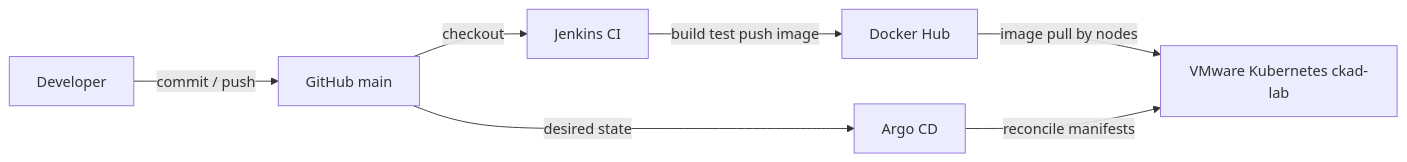
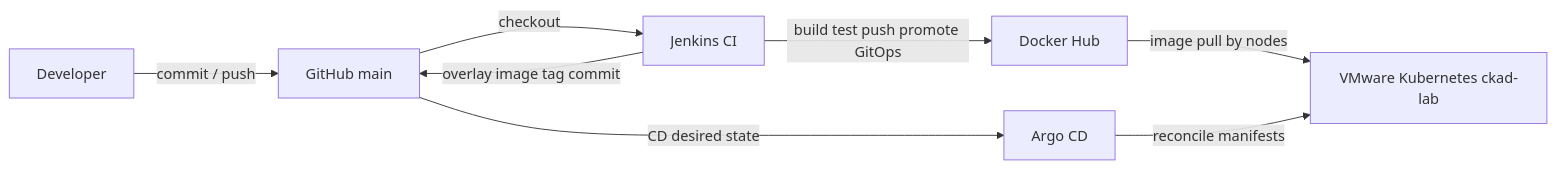
The diagram in docs/architecture/gitops-flow.md (kirandevraaj/kubernetes-platform-engineering-gitops), drawn with Mermaid before and after one commit. The commit also changed other lines of this file and 5 other files, not shown here.

First line of the commit message:
feat: automate Jenkins image publish and local GitOps promotion

````diff
--- a/docs/architecture/gitops-flow.md
+++ b/docs/architecture/gitops-flow.md
@@ -7,16 +7,17 @@
 ```mermaid
 flowchart LR
   developer[Developer]
   github[GitHub main]
   jenkins[Jenkins CI]
   hub[Docker Hub]
   argocd[Argo CD]
   cluster[VMware Kubernetes ckad-lab]
 
   developer -->|commit / push| github
   github -->|checkout| jenkins
-  jenkins -->|build test push image| hub
-  github -->|desired state| argocd
+  jenkins -->|build test push promote GitOps| hub
+  jenkins -->|overlay image tag commit| github
+  github -->|CD desired state| argocd
   hub -->|image pull by nodes| cluster
   argocd -->|reconcile manifests| cluster
 ```
````
